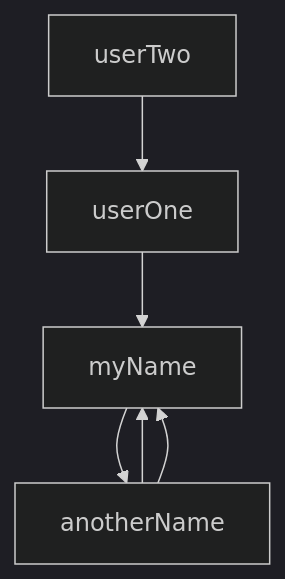
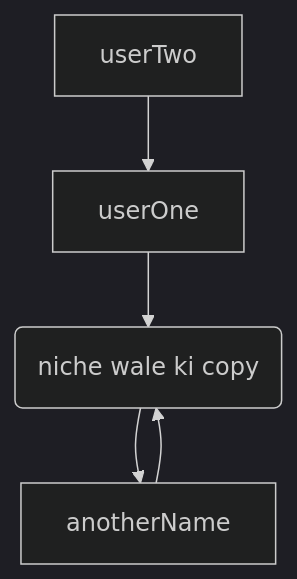
The diagram in README.md (siddharthkumarrai/Javascript_guide), drawn with Mermaid (dark theme) before and after one commit.

````diff
--- a/README.md
+++ b/README.md
@@ -126,5 +126,4 @@
 ```mermaid
 graph TD;
-    userTwo-->userOne-->myName-->anotherName-->myName;
-    anotherName-->myName;
+    userTwo-->userOne-->myName(niche wale ki copy)-->anotherName-->myName;
 ```
````
